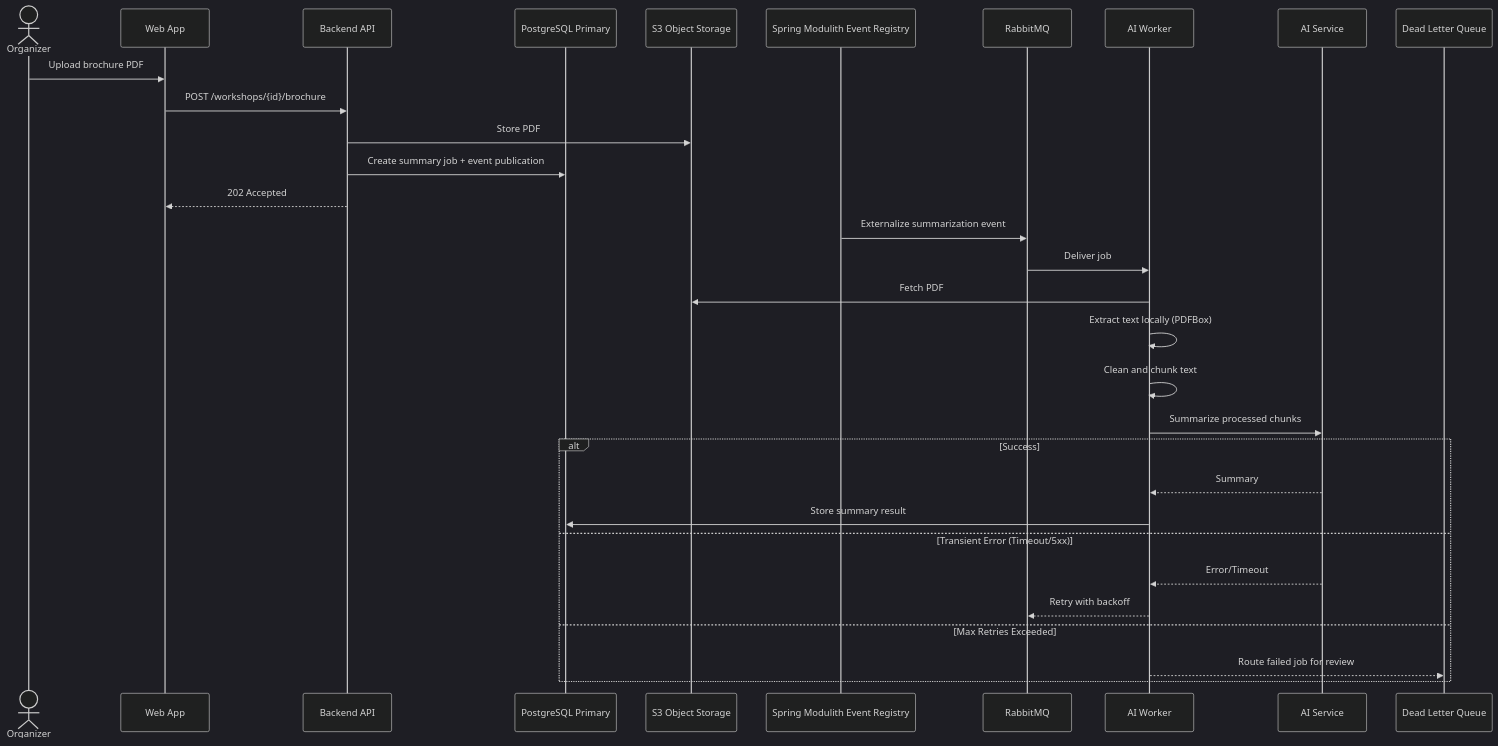
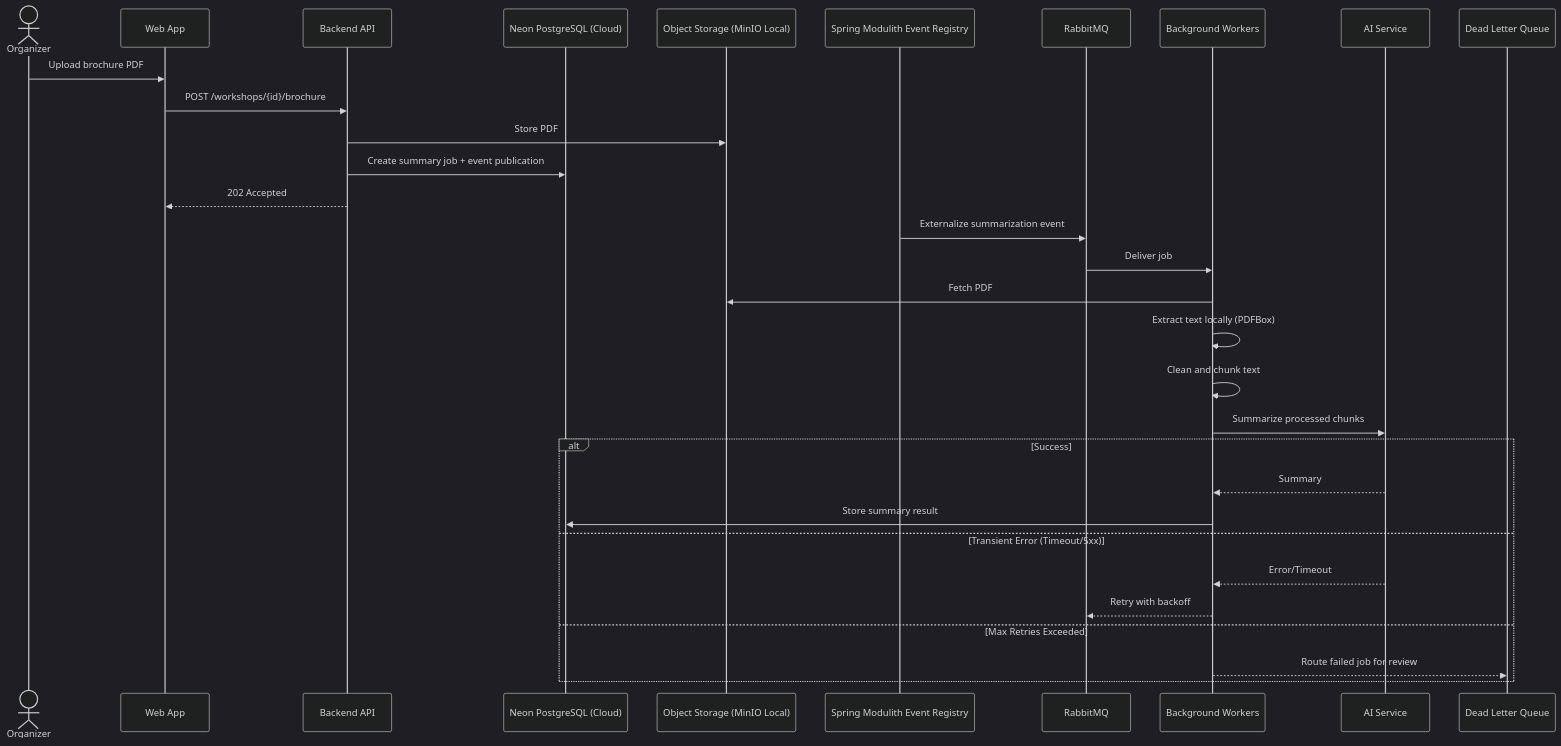
One commit to phatnguyen975/unihub-workshop changed the fifth of 10 diagrams in blueprint/design.md. Above: the diagram before and after it, drawn with Mermaid (dark theme). The commit also changed other lines of this file and 1 other file, not shown here.

Commit message:
docs: update system architecture diagram

````diff
--- a/blueprint/design.md
+++ b/blueprint/design.md
@@ -286,35 +293,35 @@
 ```mermaid
 sequenceDiagram
   actor Organizer
   participant Web as Web App
   participant API as Backend API
-  participant DB as PostgreSQL Primary
-  participant S3 as S3 Object Storage
+  participant DB as Neon PostgreSQL (Cloud)
+  participant S3 as Object Storage (MinIO Local)
   participant Registry as Spring Modulith Event Registry
   participant Broker as RabbitMQ
-  participant Worker as AI Worker
+  participant Worker as Background Workers
   participant AI as AI Service
   participant DLQ as Dead Letter Queue
 
   Organizer->>Web: Upload brochure PDF
   Web->>API: POST /workshops/{id}/brochure
   API->>S3: Store PDF
   API->>DB: Create summary job + event publication
   API-->>Web: 202 Accepted
 
   Registry->>Broker: Externalize summarization event
   Broker->>Worker: Deliver job
   Worker->>S3: Fetch PDF
   Worker->>Worker: Extract text locally (PDFBox)
   Worker->>Worker: Clean and chunk text
   Worker->>AI: Summarize processed chunks
   alt Success
     AI-->>Worker: Summary
     Worker->>DB: Store summary result
   else Transient Error (Timeout/5xx)
     AI-->>Worker: Error/Timeout
     Worker-->>Broker: Retry with backoff
   else Max Retries Exceeded
     Worker-->>DLQ: Route failed job for review
   end
 ```
````
